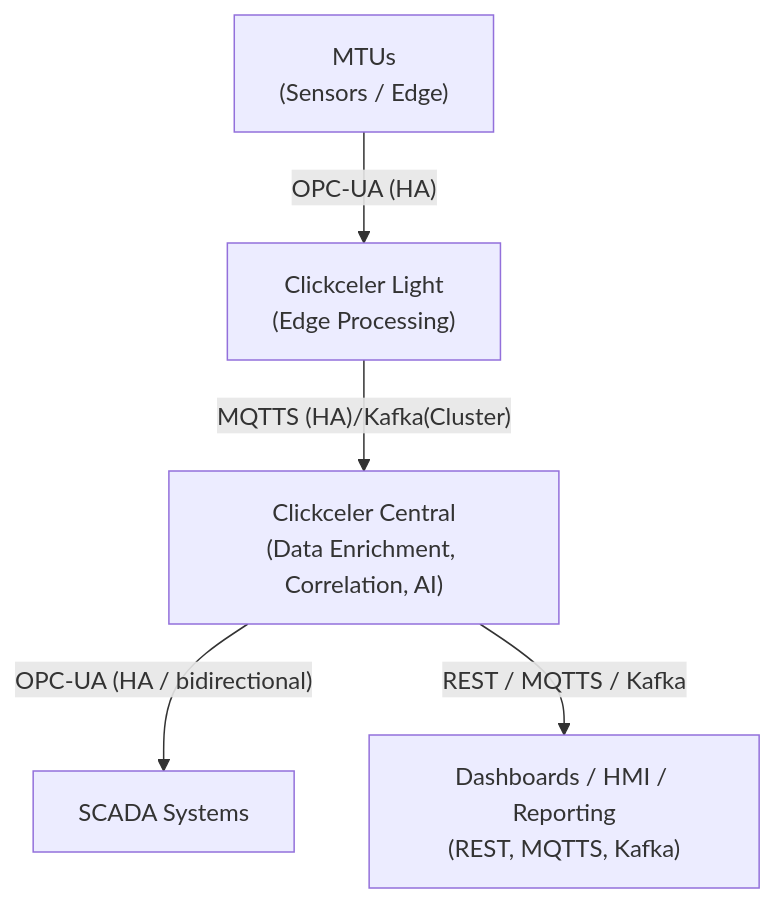
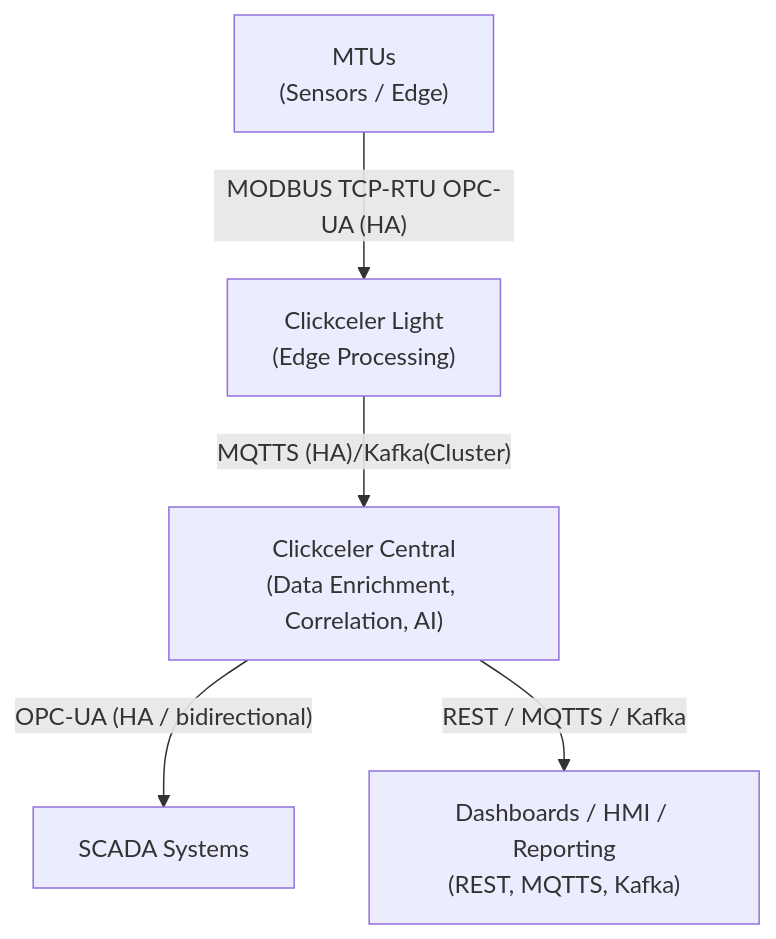
The diagram in README.md (clickpaddle/clickceler), drawn with Mermaid before and after one commit.

````diff
--- a/README.md
+++ b/README.md
@@ -3,13 +3,13 @@
 ```mermaid
 flowchart TD
     MTU["MTUs<br>(Sensors / Edge)"]
     Edge["Clickceler Light<br>(Edge Processing)"]
     Central["Clickceler Central<br>(Data Enrichment, Correlation, AI)"]
     SCADA[SCADA Systems]
     Dash["Dashboards / HMI / Reporting<br>(REST, MQTTS, Kafka)"]
 
-    MTU -->|"OPC-UA (HA)"| Edge
+    MTU -->|"MODBUS TCP-RTU OPC-UA (HA)"| Edge
     Edge -->|"MQTTS (HA)/Kafka(Cluster)"| Central
     Central -->|"OPC-UA (HA / bidirectional)"| SCADA
     Central -->|"REST / MQTTS / Kafka"| Dash
 ```
````
